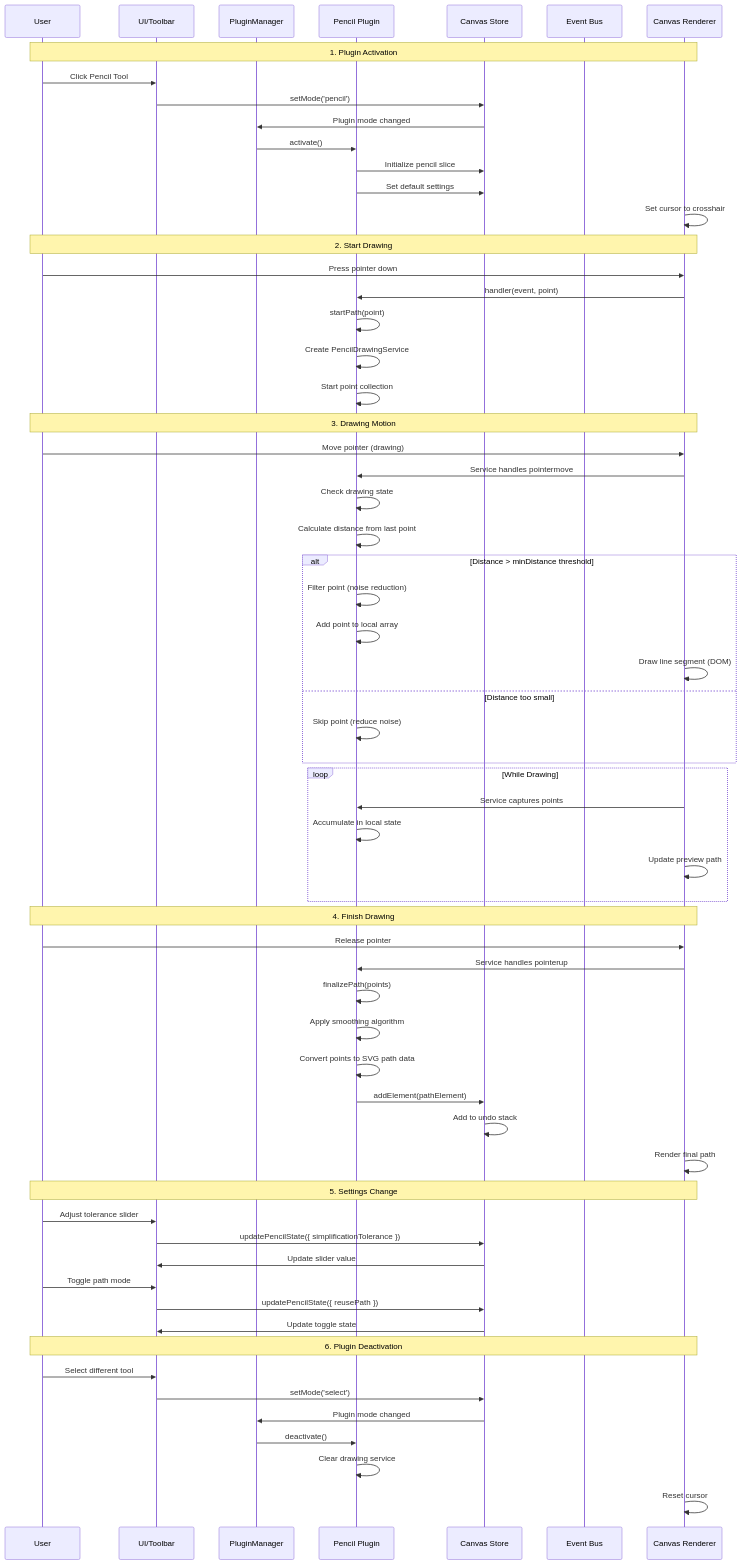
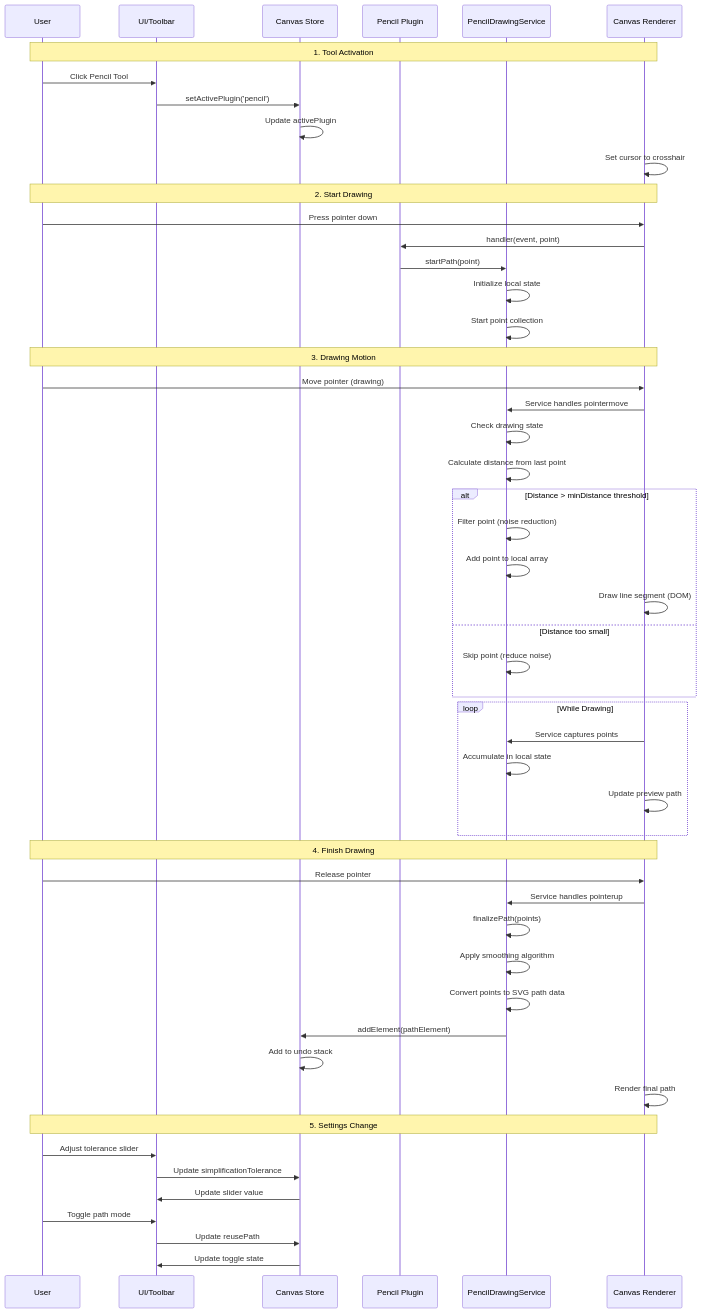
One commit to ekrsulov/ttpe changed the first of 3 diagrams in doc/docs/plugins/catalog/pencil.md. Above: the diagram before and after it, drawn with Mermaid. The commit also changed 20 other files, not shown here.

````diff
--- a/doc/docs/plugins/catalog/pencil.md
+++ b/doc/docs/plugins/catalog/pencil.md
@@ -21,73 +21,61 @@
 ```mermaid
 sequenceDiagram
     participant User
     participant UI as UI/Toolbar
-    participant PM as PluginManager
+    participant Store as Canvas Store
     participant PP as Pencil Plugin
-    participant Store as Canvas Store
-    participant EB as Event Bus
+    participant Service as PencilDrawingService
     participant Canvas as Canvas Renderer
     
-    Note over User,Canvas: 1. Plugin Activation
+    Note over User,Canvas: 1. Tool Activation
     User->>UI: Click Pencil Tool
-    UI->>Store: setMode('pencil')
-    Store->>PM: Plugin mode changed
-    PM->>PP: activate()
-    PP->>Store: Initialize pencil slice
-    PP->>Store: Set default settings
+    UI->>Store: setActivePlugin('pencil')
+    Store->>Store: Update activePlugin
     Canvas->>Canvas: Set cursor to crosshair
     
     Note over User,Canvas: 2. Start Drawing
     User->>Canvas: Press pointer down
     Canvas->>PP: handler(event, point)
-    PP->>PP: startPath(point)
-    PP->>PP: Create PencilDrawingService
-    PP->>PP: Start point collection
+    PP->>Service: startPath(point)
+    Service->>Service: Initialize local state
+    Service->>Service: Start point collection
     
     Note over User,Canvas: 3. Drawing Motion
     User->>Canvas: Move pointer (drawing)
-    Canvas->>PP: Service handles pointermove
-    PP->>PP: Check drawing state
-    PP->>PP: Calculate distance from last point
+    Canvas->>Service: Service handles pointermove
+    Service->>Service: Check drawing state
+    Service->>Service: Calculate distance from last point
     
     alt Distance > minDistance threshold
-        PP->>PP: Filter point (noise reduction)
-        PP->>PP: Add point to local array
+        Service->>Service: Filter point (noise reduction)
+        Service->>Service: Add point to local array
         Canvas->>Canvas: Draw line segment (DOM)
     else Distance too small
-        PP->>PP: Skip point (reduce noise)
+        Service->>Service: Skip point (reduce noise)
     end
     
     loop While Drawing
-        Canvas->>PP: Service captures points
-        PP->>PP: Accumulate in local state
+        Canvas->>Service: Service captures points
+        Service->>Service: Accumulate in local state
         Canvas->>Canvas: Update preview path
     end
     
     Note over User,Canvas: 4. Finish Drawing
     User->>Canvas: Release pointer
-    Canvas->>PP: Service handles pointerup
-    PP->>PP: finalizePath(points)
-    PP->>PP: Apply smoothing algorithm
-    PP->>PP: Convert points to SVG path data
-    PP->>Store: addElement(pathElement)
+    Canvas->>Service: Service handles pointerup
+    Service->>Service: finalizePath(points)
+    Service->>Service: Apply smoothing algorithm
+    Service->>Service: Convert points to SVG path data
+    Service->>Store: addElement(pathElement)
     Store->>Store: Add to undo stack
     Canvas->>Canvas: Render final path
     
     Note over User,Canvas: 5. Settings Change
     User->>UI: Adjust tolerance slider
-    UI->>Store: updatePencilState({ simplificationTolerance })
+    UI->>Store: Update simplificationTolerance
     Store->>UI: Update slider value
     
     User->>UI: Toggle path mode
-    UI->>Store: updatePencilState({ reusePath })
+    UI->>Store: Update reusePath
     Store->>UI: Update toggle state
-    
-    Note over User,Canvas: 6. Plugin Deactivation
-    User->>UI: Select different tool
-    UI->>Store: setMode('select')
-    Store->>PM: Plugin mode changed
-    PM->>PP: deactivate()
-    PP->>PP: Clear drawing service
-    Canvas->>Canvas: Reset cursor
 ```
````
